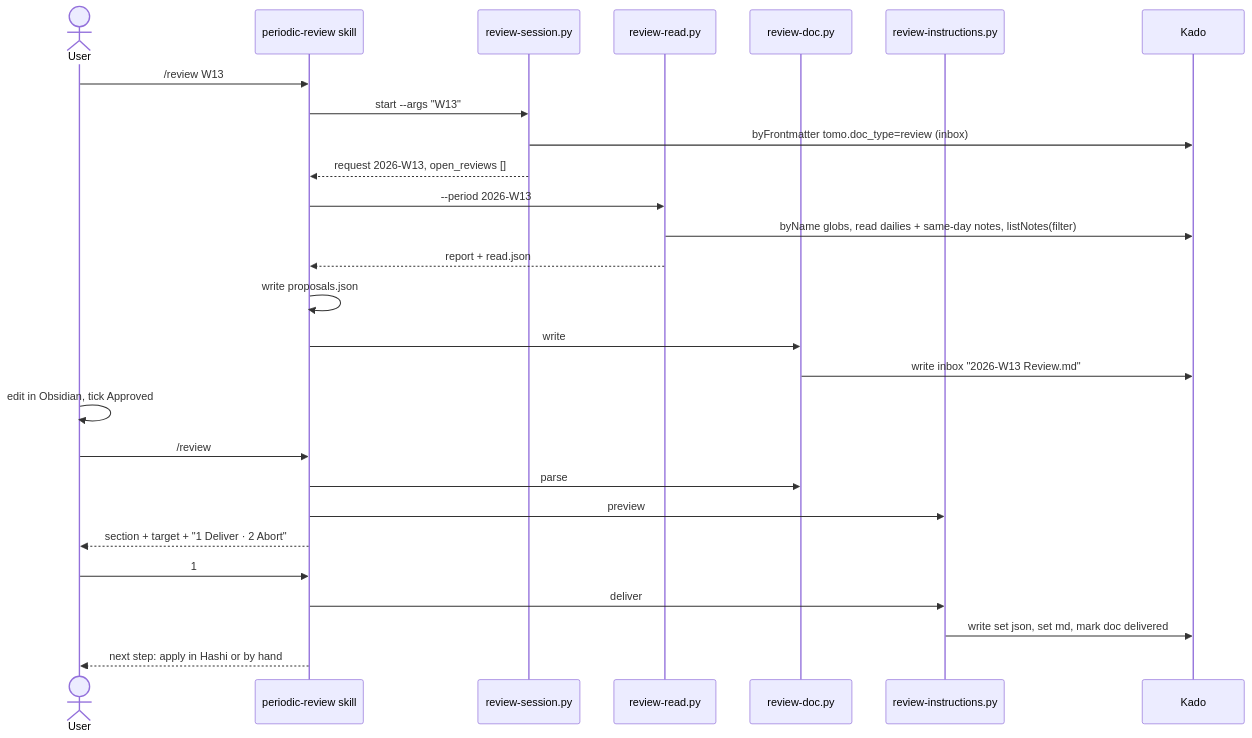
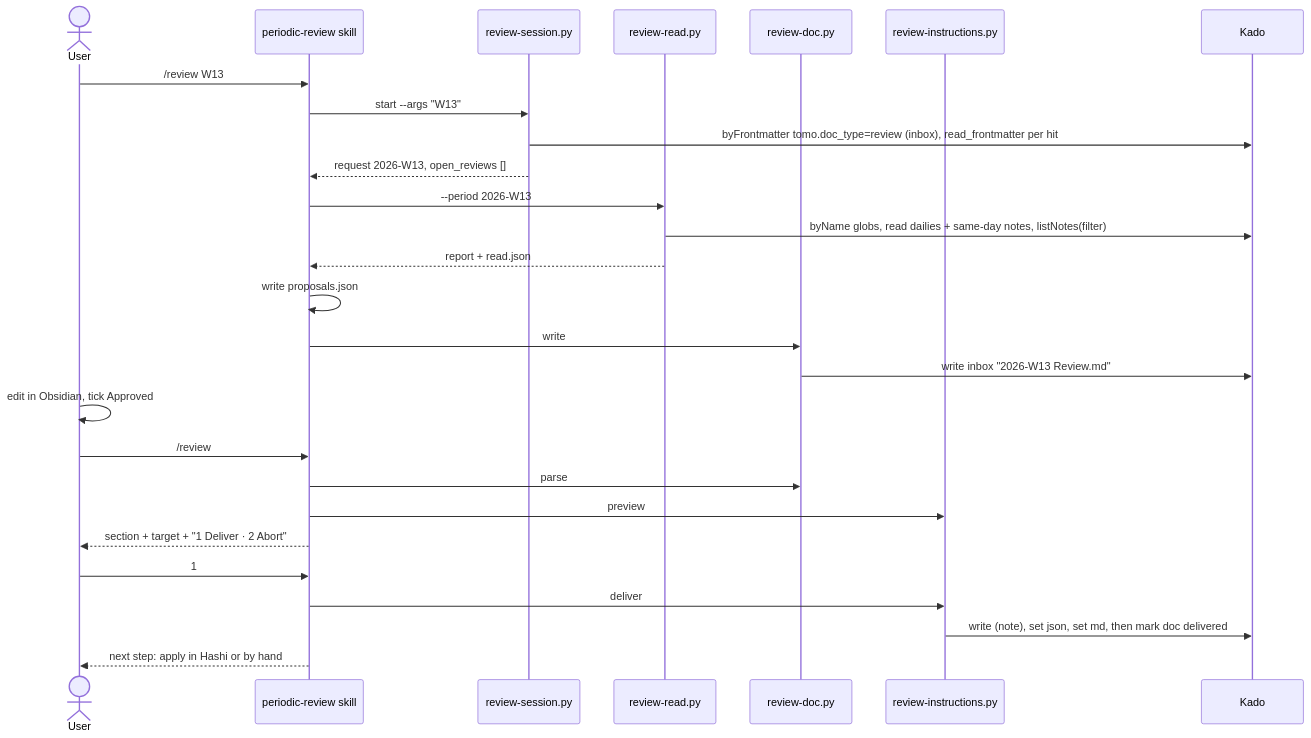
One commit to MMoMM-org/miyo-tomo changed the third of 4 diagrams in docs/XDD/specs/045-weekly-monthly-review/solution.md. Above: the diagram before and after it, drawn with Mermaid. The commit also changed other lines of this file and 9 other files, not shown here.

````diff
--- a/docs/XDD/specs/045-weekly-monthly-review/solution.md
+++ b/docs/XDD/specs/045-weekly-monthly-review/solution.md
@@ -756,29 +840,29 @@
 ```mermaid
 sequenceDiagram
     actor U as User
     participant SK as periodic-review skill
     participant SES as review-session.py
     participant RD as review-read.py
     participant DOC as review-doc.py
     participant INS as review-instructions.py
     participant K as Kado
     U->>SK: /review W13
     SK->>SES: start --args "W13"
-    SES->>K: byFrontmatter tomo.doc_type=review (inbox)
+    SES->>K: byFrontmatter tomo.doc_type=review (inbox), read_frontmatter per hit
     SES-->>SK: request 2026-W13, open_reviews []
     SK->>RD: --period 2026-W13
     RD->>K: byName globs, read dailies + same-day notes, listNotes(filter)
     RD-->>SK: report + read.json
     SK->>SK: write proposals.json
     SK->>DOC: write
     DOC->>K: write inbox "2026-W13 Review.md"
     U->>U: edit in Obsidian, tick Approved
     U->>SK: /review
     SK->>DOC: parse
     SK->>INS: preview
     SK-->>U: section + target + "1 Deliver · 2 Abort"
     U->>SK: 1
     SK->>INS: deliver
-    INS->>K: write set json, set md, mark doc delivered
+    INS->>K: write (note), set json, set md, then mark doc delivered
     SK-->>U: next step: apply in Hashi or by hand
 ```
````
